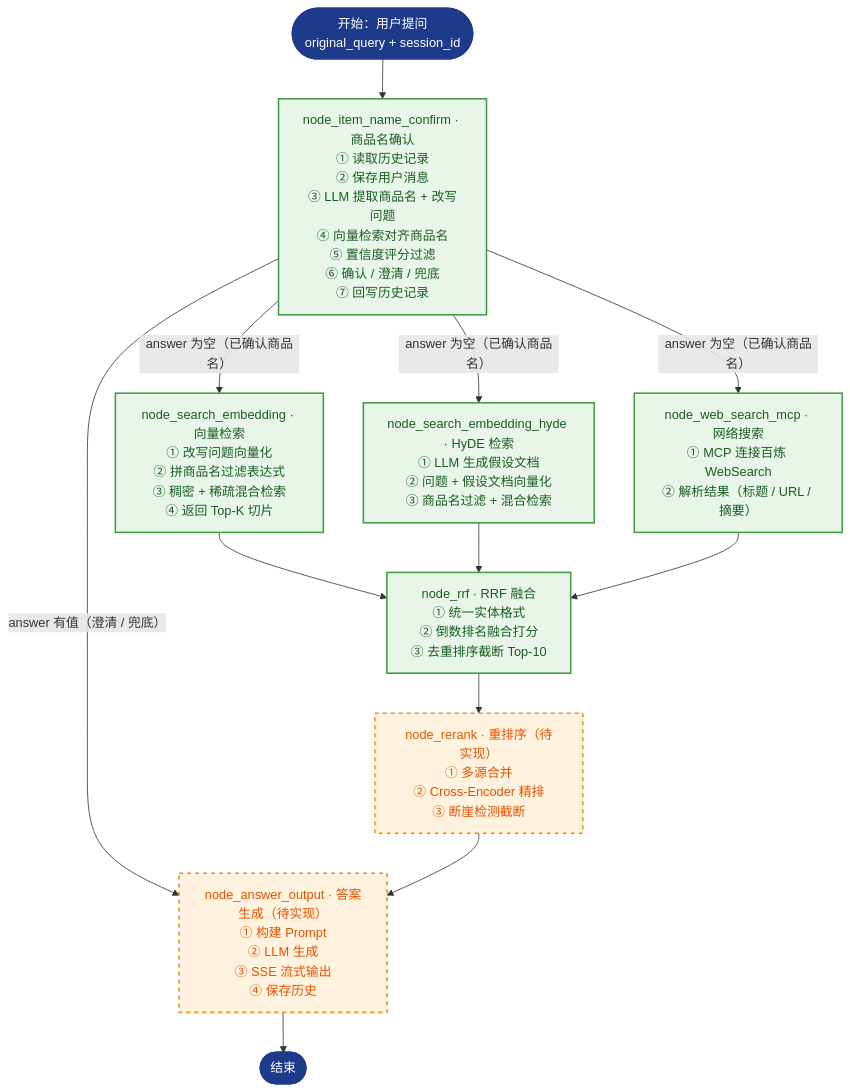
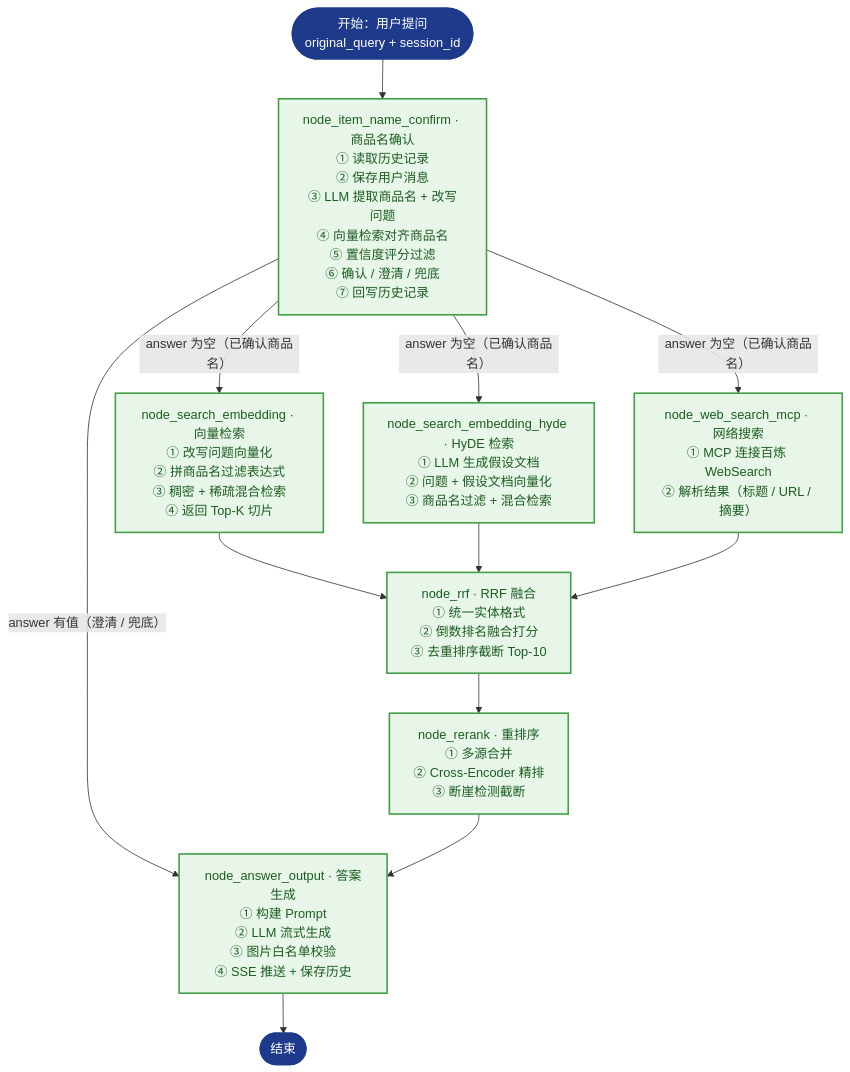
The second of 2 diagrams in README.md (Zebra0312/RAG_Thinktank), drawn with Mermaid before and after one commit. The commit also changed other lines of this file and 5 other files, not shown here.

````diff
--- a/README.md
+++ b/README.md
@@ -157,33 +159,32 @@
 ```mermaid
 flowchart TD
     classDef startEnd fill:#1e3a8a,stroke:#1e3a8a,color:#ffffff,stroke-width:2px,rx:14px,ry:14px;
     classDef done fill:#e8f5e9,stroke:#43a047,color:#1b5e20,stroke-width:2px;
-    classDef todo fill:#fff3e0,stroke:#fb8c00,color:#e65100,stroke-width:2px,stroke-dasharray:5 5;
 
     START(["开始：用户提问<br/>original_query + session_id"]):::startEnd --> Q1
 
     Q1["node_item_name_confirm · 商品名确认<br/>① 读取历史记录<br/>② 保存用户消息<br/>③ LLM 提取商品名 + 改写问题<br/>④ 向量检索对齐商品名<br/>⑤ 置信度评分过滤<br/>⑥ 确认 / 澄清 / 兜底<br/>⑦ 回写历史记录"]:::done
 
     Q1 -->|"answer 有值（澄清 / 兜底）"| Q7
     Q1 -->|"answer 为空（已确认商品名）"| Q2
     Q1 -->|"answer 为空（已确认商品名）"| Q3
     Q1 -->|"answer 为空（已确认商品名）"| Q4
 
     Q2["node_search_embedding · 向量检索<br/>① 改写问题向量化<br/>② 拼商品名过滤表达式<br/>③ 稠密 + 稀疏混合检索<br/>④ 返回 Top-K 切片"]:::done
     Q3["node_search_embedding_hyde · HyDE 检索<br/>① LLM 生成假设文档<br/>② 问题 + 假设文档向量化<br/>③ 商品名过滤 + 混合检索"]:::done
     Q4["node_web_search_mcp · 网络搜索<br/>① MCP 连接百炼 WebSearch<br/>② 解析结果（标题 / URL / 摘要）"]:::done
 
     Q2 --> Q5
     Q3 --> Q5
     Q4 --> Q5
 
     Q5["node_rrf · RRF 融合<br/>① 统一实体格式<br/>② 倒数排名融合打分<br/>③ 去重排序截断 Top-10"]:::done
     Q5 --> Q6
 
-    Q6["node_rerank · 重排序（待实现）<br/>① 多源合并<br/>② Cross-Encoder 精排<br/>③ 断崖检测截断"]:::todo
+    Q6["node_rerank · 重排序<br/>① 多源合并<br/>② Cross-Encoder 精排<br/>③ 断崖检测截断"]:::done
     Q6 --> Q7
 
-    Q7["node_answer_output · 答案生成（待实现）<br/>① 构建 Prompt<br/>② LLM 生成<br/>③ SSE 流式输出<br/>④ 保存历史"]:::todo
+    Q7["node_answer_output · 答案生成<br/>① 构建 Prompt<br/>② LLM 流式生成<br/>③ 图片白名单校验<br/>④ SSE 推送 + 保存历史"]:::done
 
     Q7 --> END_B(["结束"]):::startEnd
 ```
````
